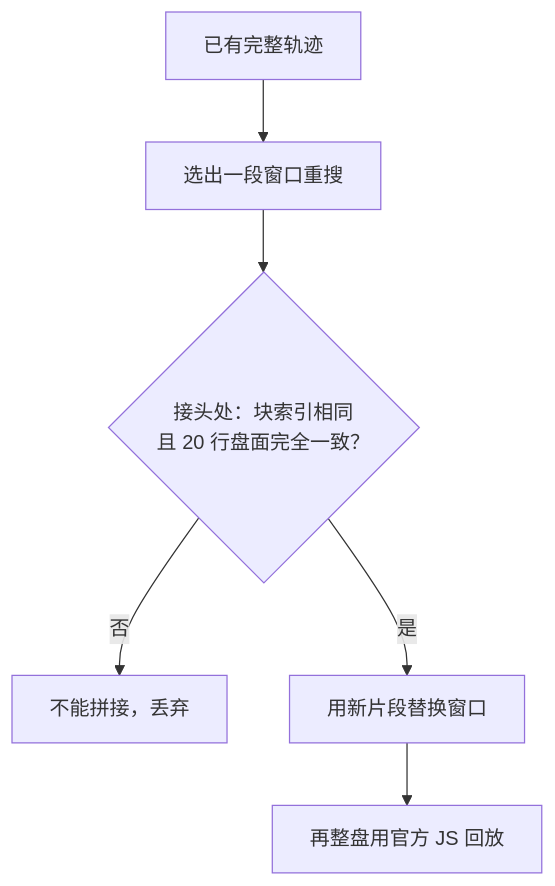
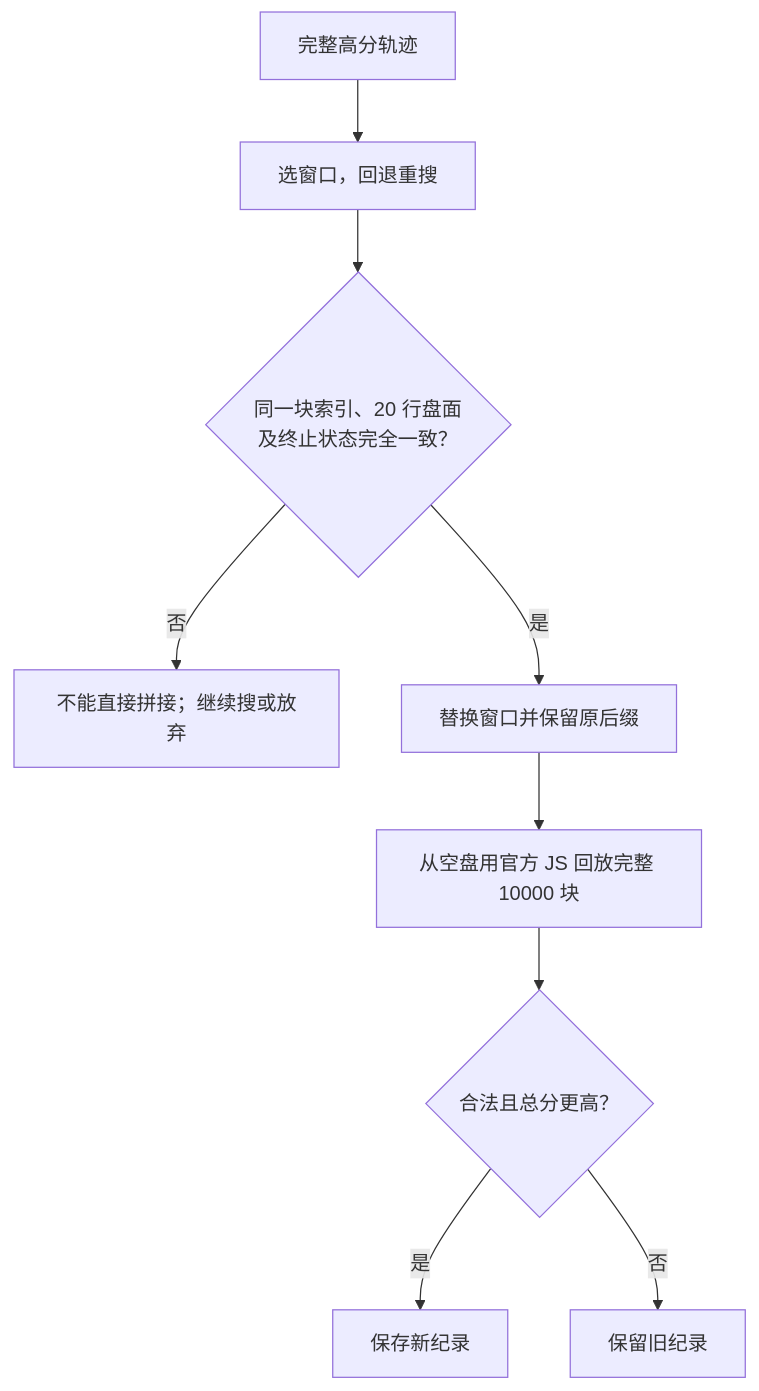
The third of 3 diagrams in docs/AI解法.md (esrrhs/tetris-geek-challenge), drawn with Mermaid before and after one commit. The commit also changed other lines of this file and 6 other files, not shown here.

Commit message:
更新 AI 解法：1,407,098 分及图文说明

````diff
--- a/docs/AI解法.md
+++ b/docs/AI解法.md
@@ -169,8 +109,11 @@
 ```mermaid
 flowchart TB
-  T["已有完整轨迹"] --> W["选出一段窗口重搜"]
-  W --> C{"接头处：块索引相同<br/>且 20 行盘面完全一致？"}
-  C -->|否| X["不能拼接，丢弃"]
-  C -->|是| J["用新片段替换窗口"]
-  J --> V["再整盘用官方 JS 回放"]
+  A["完整高分轨迹"] --> B["选窗口，回退重搜"]
+  B --> C{"同一块索引、20 行盘面<br/>及终止状态完全一致？"}
+  C -->|否| D["不能直接拼接；继续搜或放弃"]
+  C -->|是| E["替换窗口并保留原后缀"]
+  E --> F["从空盘用官方 JS 回放完整 10000 块"]
+  F --> G{"合法且总分更高？"}
+  G -->|是| H["保存新纪录"]
+  G -->|否| I["保留旧纪录"]
 ```
````
